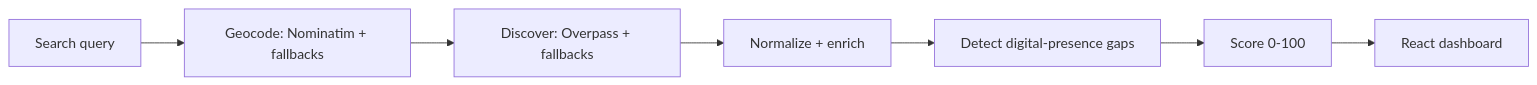
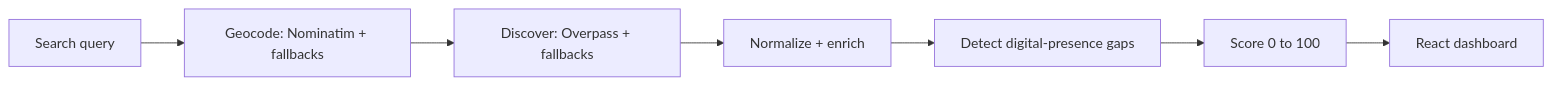
The third of 4 diagrams in README.md (Raju-CS8/Raju-CS8), drawn with Mermaid before and after one commit. The commit also changed other lines of this file, not shown here.

````diff
--- a/README.md
+++ b/README.md
@@ -247,9 +187,9 @@
 ```mermaid
 flowchart LR
     U[Search query] --> G[Geocode: Nominatim + fallbacks]
     G --> O[Discover: Overpass + fallbacks]
     O --> N[Normalize + enrich]
     N --> D[Detect digital-presence gaps]
-    D --> S[Score 0-100]
+    D --> S[Score 0 to 100]
     S --> UI[React dashboard]
 ```
````
